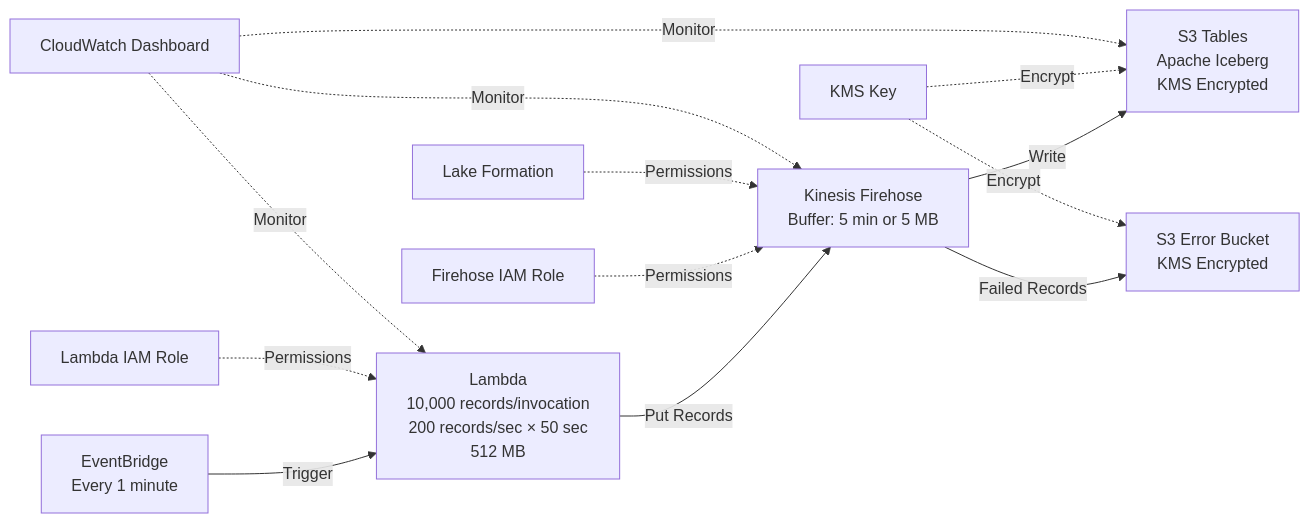
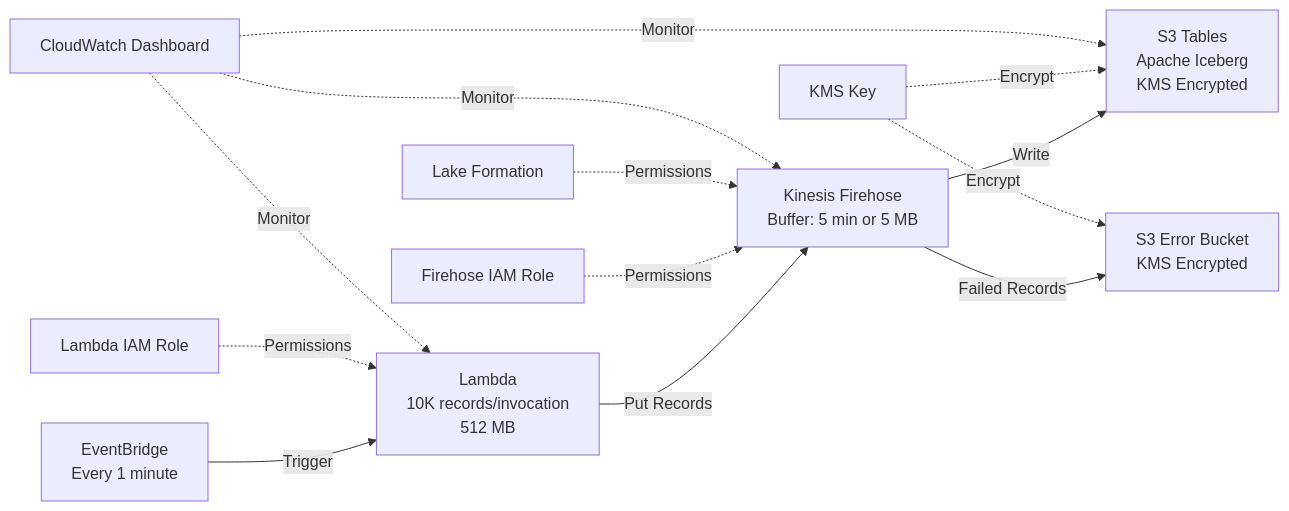
Before and after one commit to manu-mishra/s3table-firehose-lambda-terraform-demo: the diagram in README.md, drawn with Mermaid. The commit also changed other lines of this file and 3 other files, not shown here.

````diff
--- a/README.md
+++ b/README.md
@@ -17,15 +17,15 @@
 ```mermaid
 graph LR
-    A[EventBridge<br/>Every 1 minute] -->|Trigger| B[Lambda<br/>10,000 records/invocation<br/>200 records/sec × 50 sec<br/>512 MB]
+    A[EventBridge<br/>Every 1 minute] -->|Trigger| B[Lambda<br/>10K records/invocation<br/>512 MB]
     B -->|Put Records| C[Kinesis Firehose<br/>Buffer: 5 min or 5 MB]
     C -->|Write| D[S3 Tables<br/>Apache Iceberg<br/>KMS Encrypted]
     C -->|Failed Records| E[S3 Error Bucket<br/>KMS Encrypted]
     F[KMS Key] -.->|Encrypt| D
     F -.->|Encrypt| E
     G[Lambda IAM Role] -.->|Permissions| B
     H[Firehose IAM Role] -.->|Permissions| C
     I[Lake Formation] -.->|Permissions| C
     J[CloudWatch Dashboard] -.->|Monitor| B
     J -.->|Monitor| C
     J -.->|Monitor| D
 ```
````
